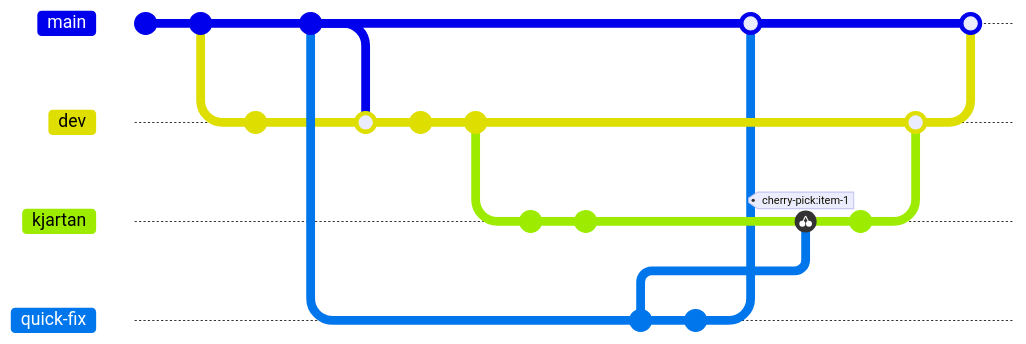
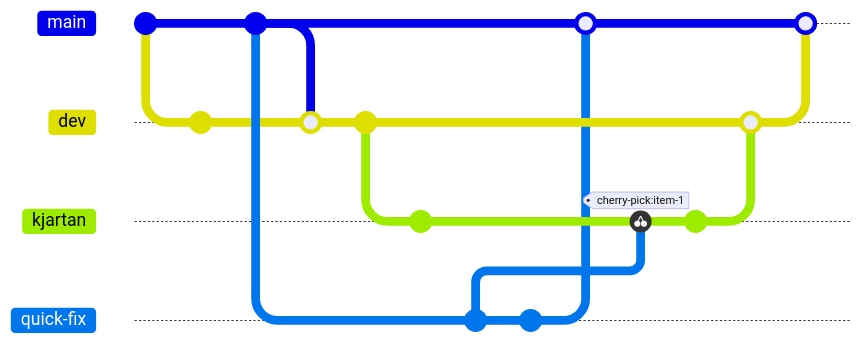
One commit to Kjartanl/mermaid changed the diagram in diagrams/06-git.md. Above: the diagram before and after it, drawn with Mermaid. The commit also changed 10 other files, not shown here. Commit ids are hidden.

`````diff
--- a/diagrams/06-git.md
+++ b/diagrams/06-git.md
@@ -3,43 +3,42 @@
 ````mermaid
 gitGraph
 
 commit id: "First commit"
-commit id: "First code"
+
 branch "dev"
-commit id:"Created dev"
+commit id:"First dev commit"
+
 checkout main
 commit id:"Add config files"
 
 checkout dev
 merge main id:"Merged configs"
-commit id:"Add dev config files"
 commit
 
 branch kjartan
-commit
 commit
 
 checkout main
 branch quick-fix
 commit id:"item-1"
 commit id:"item-2"
 
 checkout main
 merge quick-fix
 
 checkout kjartan
 cherry-pick id:"item-1"
 commit
 
 checkout dev
 merge kjartan
 
 checkout main
 merge dev
 
 
 
 
 
 
 ```` 
`````
